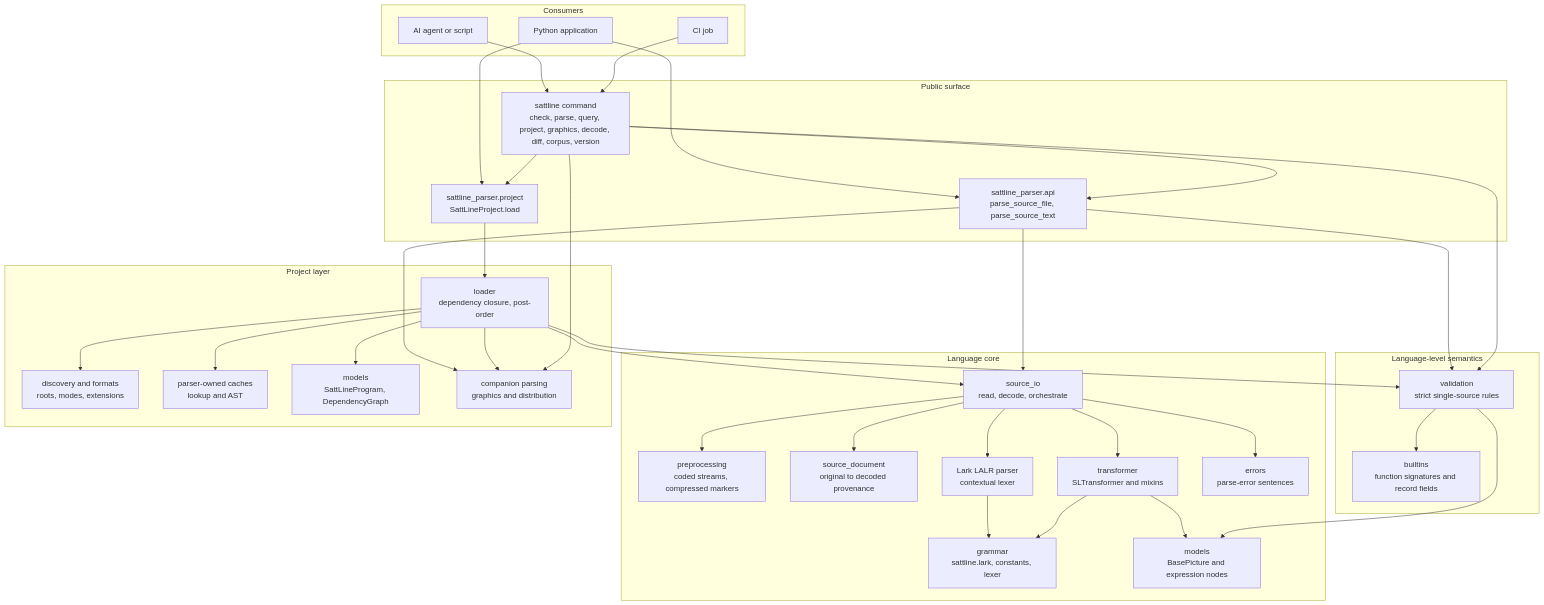
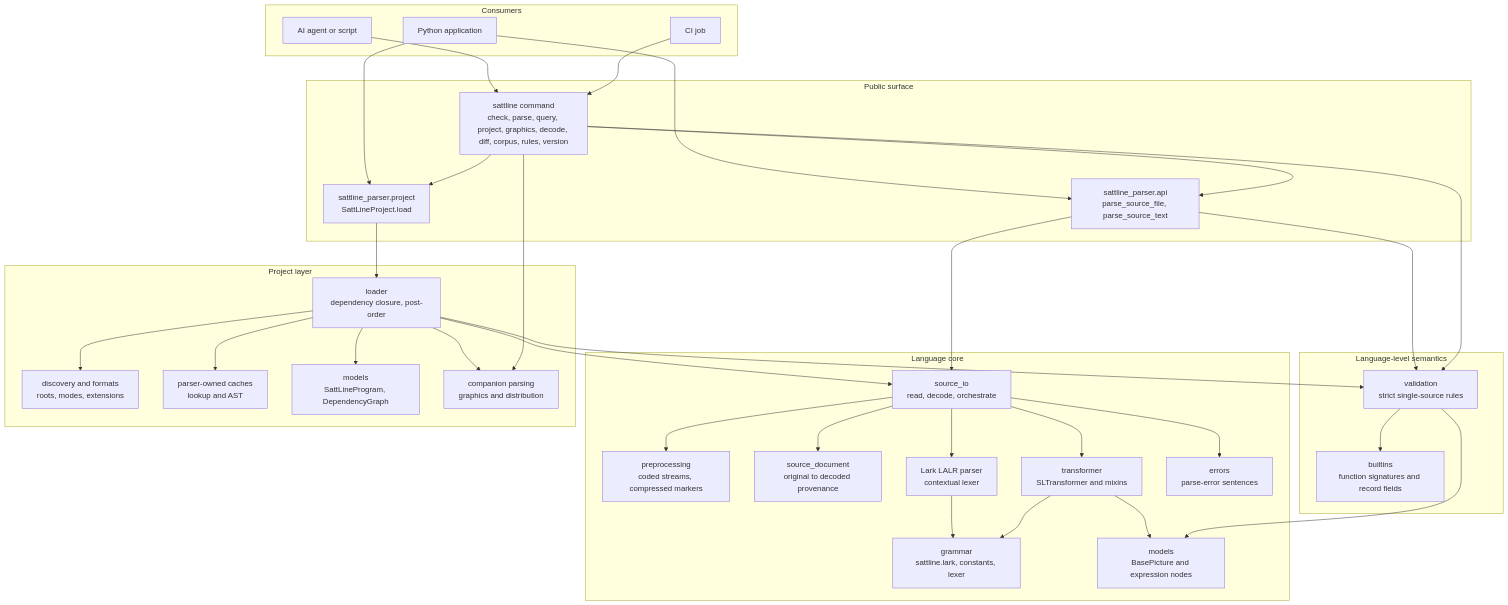
One commit to SorenHJohansen/sattline-parser changed the second of 2 diagrams in docs/README.md. Above: the diagram before and after it, drawn with Mermaid. The commit also changed other lines of this file and 157 other files, not shown here.

````diff
--- a/docs/README.md
+++ b/docs/README.md
@@ -103,70 +110,69 @@
 ```mermaid
 flowchart TB
     subgraph Consumers["Consumers"]
         APP["Python application"]
         AGENT["AI agent or script"]
         CI["CI job"]
     end
 
     subgraph Surface["Public surface"]
         API["sattline_parser.api<br/>parse_source_file, parse_source_text"]
-        CLI["sattline command<br/>check, parse, query, project, graphics, decode, diff, corpus, version"]
+        CLI["sattline command<br/>check, parse, query, project, graphics, decode, diff, corpus, rules, version"]
         PROJ["sattline_parser.project<br/>SattLineProject.load"]
     end
 
     subgraph Core["Language core"]
         SRC["source_io<br/>read, decode, orchestrate"]
         PRE["preprocessing<br/>coded streams, compressed markers"]
         DOC["source_document<br/>original to decoded provenance"]
         GR["grammar<br/>sattline.lark, constants, lexer"]
         LARK["Lark LALR parser<br/>contextual lexer"]
         TR["transformer<br/>SLTransformer and mixins"]
         AST["models<br/>BasePicture and expression nodes"]
         ERR["errors<br/>parse-error sentences"]
     end
 
     subgraph Semantic["Language-level semantics"]
         VAL["validation<br/>strict single-source rules"]
         BUILT["builtins<br/>function signatures and record fields"]
     end
 
     subgraph Graph["Project layer"]
         DISC["discovery and formats<br/>roots, modes, extensions"]
         LOAD["loader<br/>dependency closure, post-order"]
         CACHE["parser-owned caches<br/>lookup and AST"]
         GRAPH["models<br/>SattLineProgram, DependencyGraph"]
         GPARSE["companion parsing<br/>graphics and distribution"]
     end
 
     APP --> API
     APP --> PROJ
     AGENT --> CLI
     CI --> CLI
 
     API --> SRC
     API --> VAL
-    API --> GPARSE
     PROJ --> LOAD
 
     SRC --> PRE
     SRC --> DOC
     SRC --> LARK
     SRC --> TR
     SRC --> ERR
     LARK --> GR
     TR --> AST
     TR --> GR
 
     VAL --> AST
     VAL --> BUILT
     LOAD --> SRC
     LOAD --> DISC
     LOAD --> VAL
     LOAD --> GPARSE
     LOAD --> CACHE
     LOAD --> GRAPH
     CLI --> API
     CLI --> PROJ
     CLI --> VAL
     CLI --> GPARSE
 ```
````
